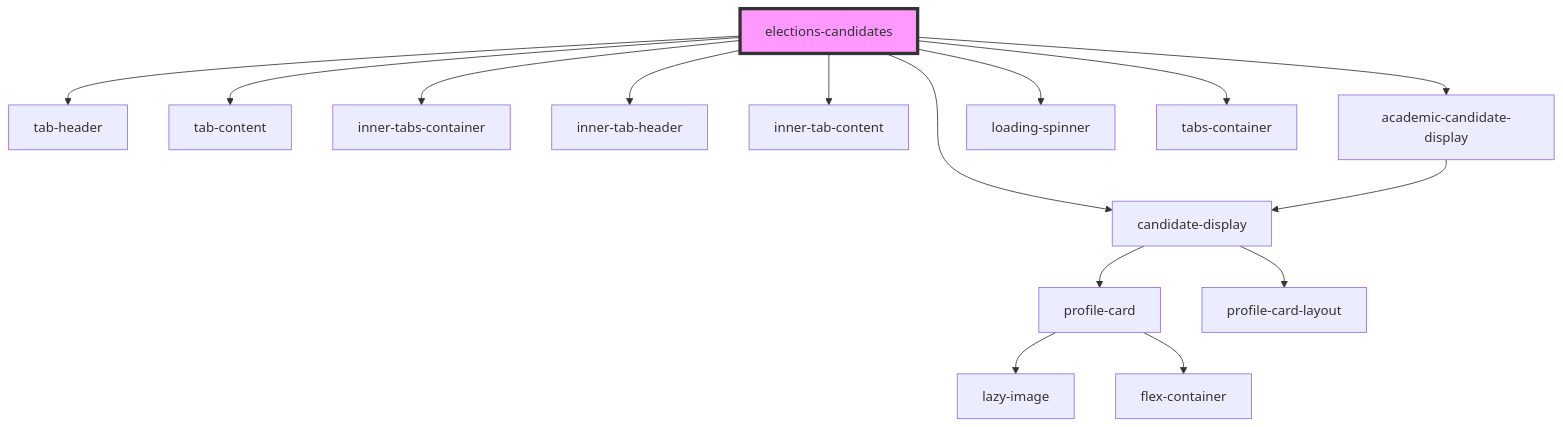
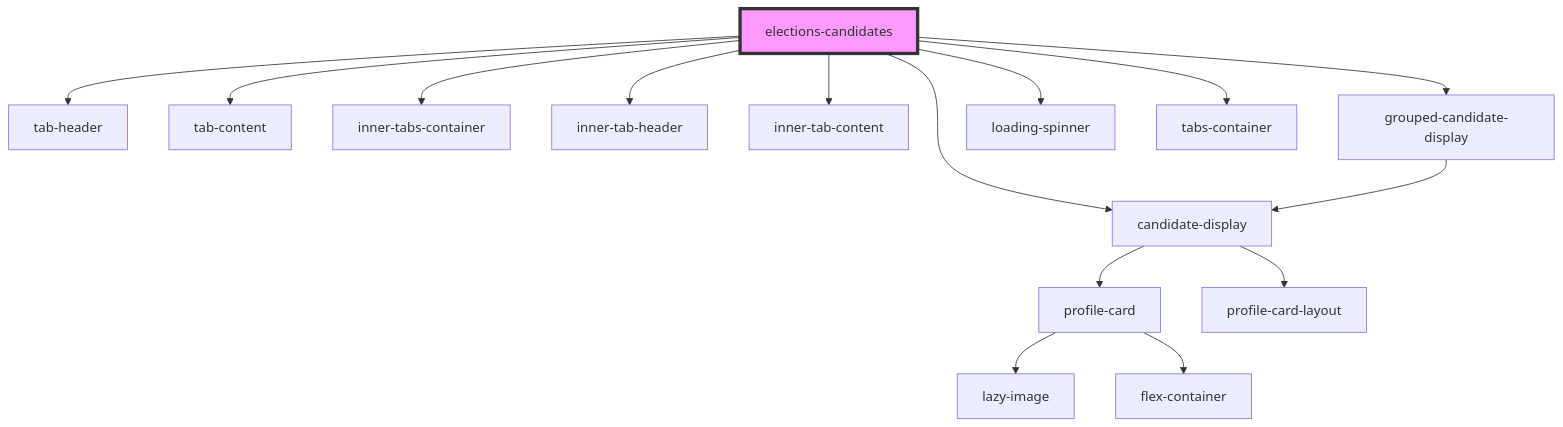
One commit to dev-kylo/component_library changed the diagram in src/components/projects/elections/elections-candidates/readme.md. Above: the diagram before and after it, drawn with Mermaid. The commit also changed other lines of this file and 46 other files, not shown here.

````diff
--- a/src/components/projects/elections/elections-candidates/readme.md
+++ b/src/components/projects/elections/elections-candidates/readme.md
@@ -35,18 +32,18 @@
 ```mermaid
 graph TD;
   elections-candidates --> tab-header
   elections-candidates --> tab-content
   elections-candidates --> candidate-display
   elections-candidates --> inner-tabs-container
   elections-candidates --> inner-tab-header
   elections-candidates --> inner-tab-content
-  elections-candidates --> academic-candidate-display
+  elections-candidates --> grouped-candidate-display
   elections-candidates --> loading-spinner
   elections-candidates --> tabs-container
   candidate-display --> profile-card
   candidate-display --> profile-card-layout
   profile-card --> lazy-image
   profile-card --> flex-container
-  academic-candidate-display --> candidate-display
+  grouped-candidate-display --> candidate-display
   style elections-candidates fill:#f9f,stroke:#333,stroke-width:4px
 ```
````
